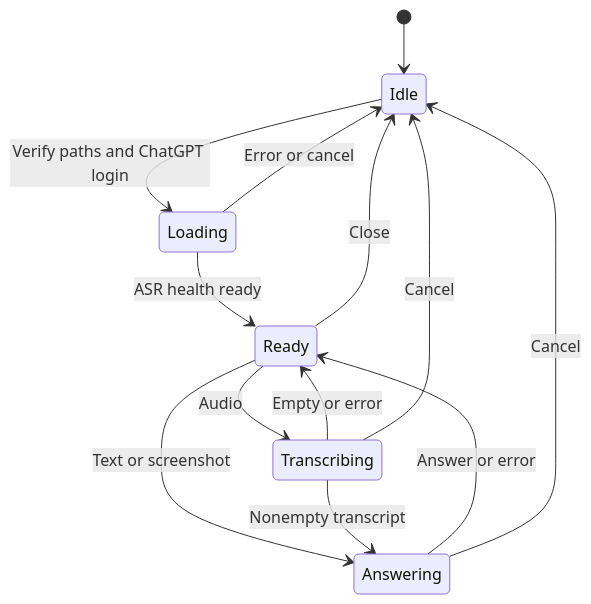
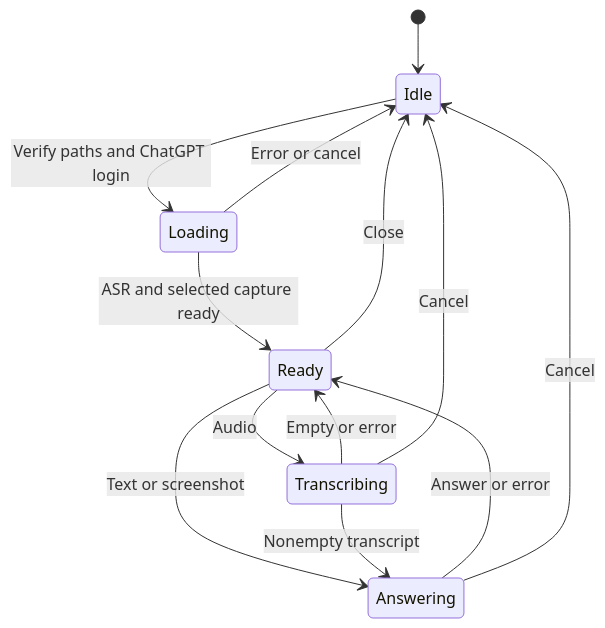
Before and after one commit to liu-qingyuan/cheating-daddy: the sixth of 8 diagrams in docs/LOCAL_SUBSCRIPTION.md, drawn with Mermaid. The commit also changed other lines of this file and 6 other files, not shown here.

````diff
--- a/docs/LOCAL_SUBSCRIPTION.md
+++ b/docs/LOCAL_SUBSCRIPTION.md
@@ -76,15 +76,15 @@
 ```mermaid
 stateDiagram-v2
  [*] --> Idle
  Idle --> Loading: Verify paths and ChatGPT login
- Loading --> Ready: ASR health ready
+ Loading --> Ready: ASR and selected capture ready
  Loading --> Idle: Error or cancel
  Ready --> Answering: Text or screenshot
  Ready --> Transcribing: Audio
  Transcribing --> Answering: Nonempty transcript
  Transcribing --> Ready: Empty or error
  Answering --> Ready: Answer or error
  Ready --> Idle: Close
  Answering --> Idle: Cancel
  Transcribing --> Idle: Cancel
 ```
````
